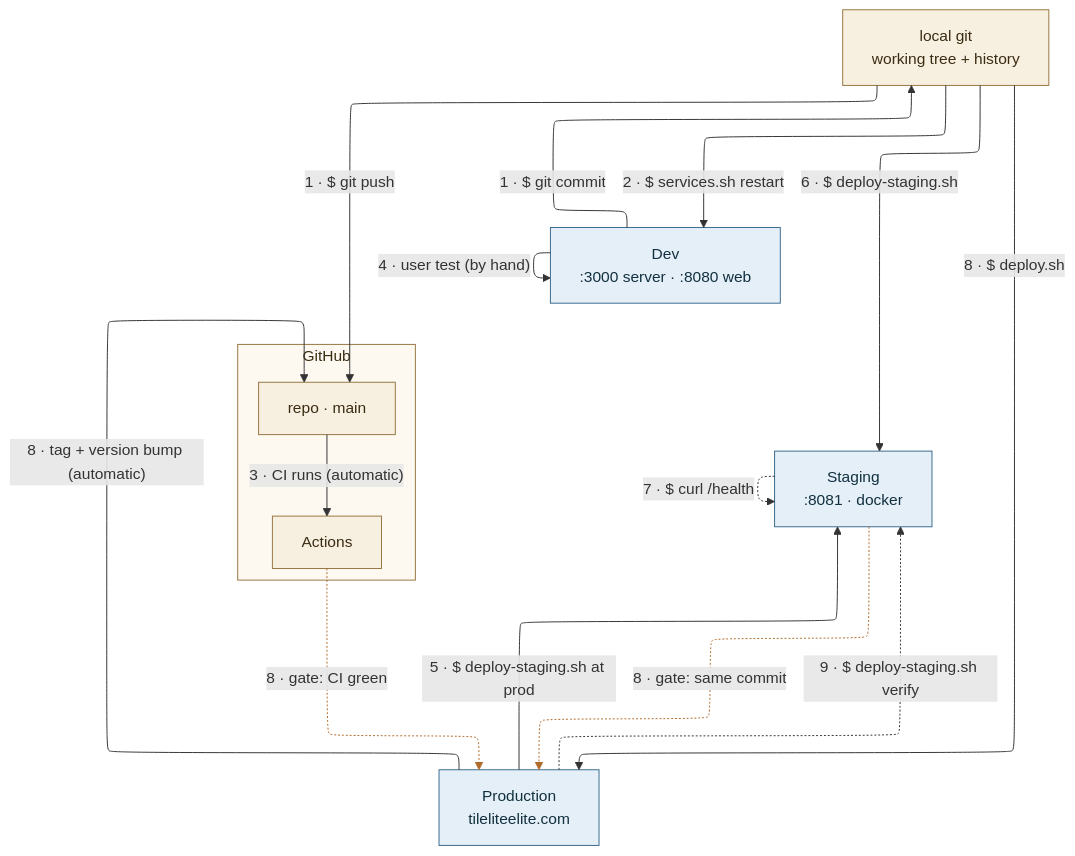
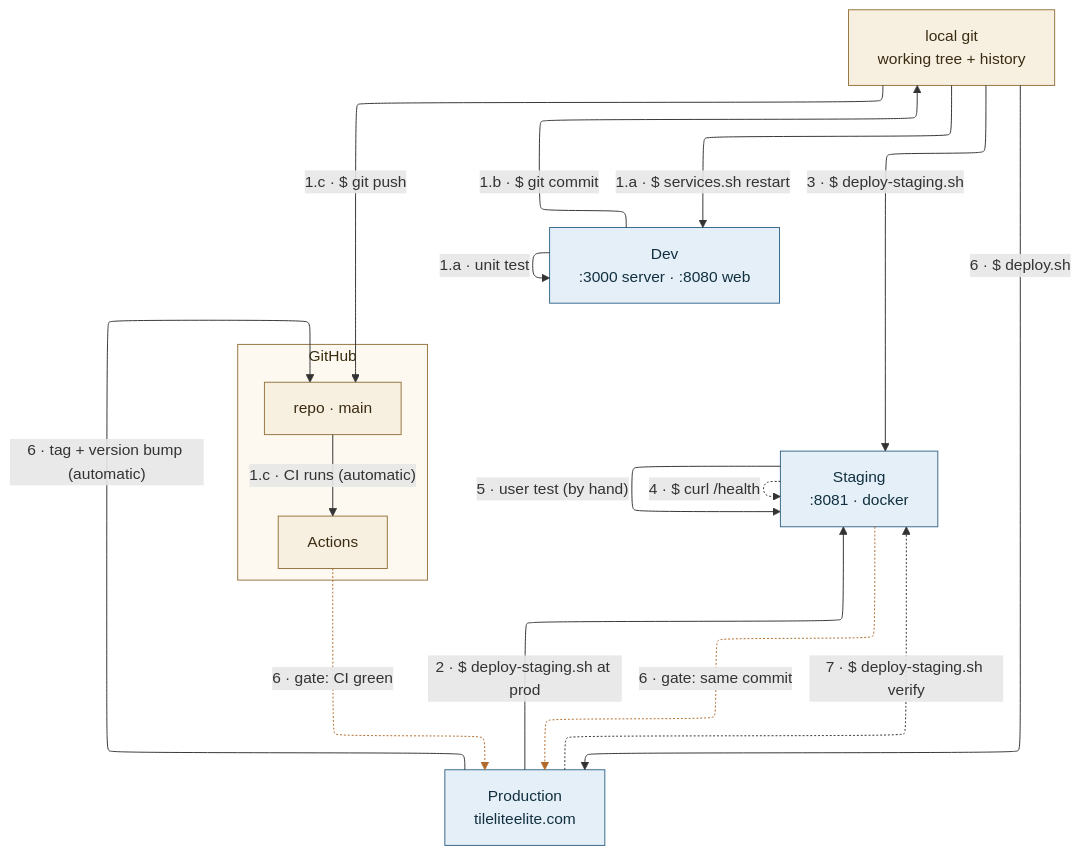
The diagram in docs/diagrams/release-flow.mmd (SteveStyle/scrabble-px), drawn with Mermaid before and after one commit. The commit also changed 5 other files, not shown here.

First line of the commit message:
app 0.4.14 api 2.6: make step 1 one atomic change, and user-test on staging

```diff
--- a/docs/diagrams/release-flow.mmd
+++ b/docs/diagrams/release-flow.mmd
@@ -1,38 +1,44 @@
 ---
 config:
   layout: elk
   elk:
     nodePlacementStrategy: BRANDES_KOEPF
 ---
 flowchart TB
     DEV["Dev<br/>:3000 server · :8080 web"]
     STG["Staging<br/>:8081 · docker"]
     PROD["Production<br/>tileliteelite.com"]
     LG["local git<br/>working tree + history"]
     subgraph GH["GitHub"]
         REPO["repo · main"]
         ACT["Actions"]
     end
 
     DEV ~~~ STG
     STG ~~~ PROD
-    DEV -->|"1 · $ git commit"| LG
-    LG -->|"1 · $ git push"| REPO
-    REPO -->|"3 · CI runs (automatic)"| ACT
-    LG -->|"2 · $ services.sh restart"| DEV
-    LG -->|"6 · $ deploy-staging.sh"| STG
-    LG -->|"8 · $ deploy.sh"| PROD
-    DEV -->|"4 · user test (by hand)"| DEV
-    STG -.->|"7 · $ curl /health"| STG
-    PROD -->|"5 · $ deploy-staging.sh at prod"| STG
-    ACT -.->|"8 · gate: CI green"| PROD
-    STG -.->|"8 · gate: same commit"| PROD
-    PROD -->|"8 · tag + version bump (automatic)"| REPO
-    PROD -.->|"9 · $ deploy-staging.sh verify"| STG
+    DEV -->|"1.b · $ git commit"| LG
+    LG -->|"1.c · $ git push"| REPO
+    REPO -->|"1.c · CI runs (automatic)"| ACT
+    LG -->|"1.a · $ services.sh restart"| DEV
+    LG -->|"3 · $ deploy-staging.sh"| STG
+    LG -->|"6 · $ deploy.sh"| PROD
+    DEV -->|"1.a · unit test"| DEV
+    STG -.->|"4 · $ curl /health"| STG
+    STG -->|"5 · user test (by hand)"| STG
+    PROD -->|"2 · $ deploy-staging.sh at prod"| STG
+    ACT -.->|"6 · gate: CI green"| PROD
+    STG -.->|"6 · gate: same commit"| PROD
+    PROD -->|"6 · tag + version bump (automatic)"| REPO
+    PROD -.->|"7 · $ deploy-staging.sh verify"| STG
 
     classDef env fill:#e4eff8,stroke:#39698c,color:#12303f
     classDef repo fill:#f7efe0,stroke:#96763f,color:#3a2c12
     class DEV,STG,PROD env
     class LG,REPO,ACT repo
-    linkStyle 11,12 stroke:#b06a2c,color:#8a4b18
+    %% Amber for the two gates. linkStyle takes edge *indices* in
+    %% declaration order counting from 0, including the two invisible ~~~
+    %% links — so recount these whenever an edge is added or moved, and
+    %% check the render. Adding the user-test edge silently shifted them
+    %% from 11,12 to 12,13 once already.
+    linkStyle 12,13 stroke:#b06a2c,color:#8a4b18
     style GH fill:#fdf9f1,stroke:#96763f,color:#3a2c12
```
